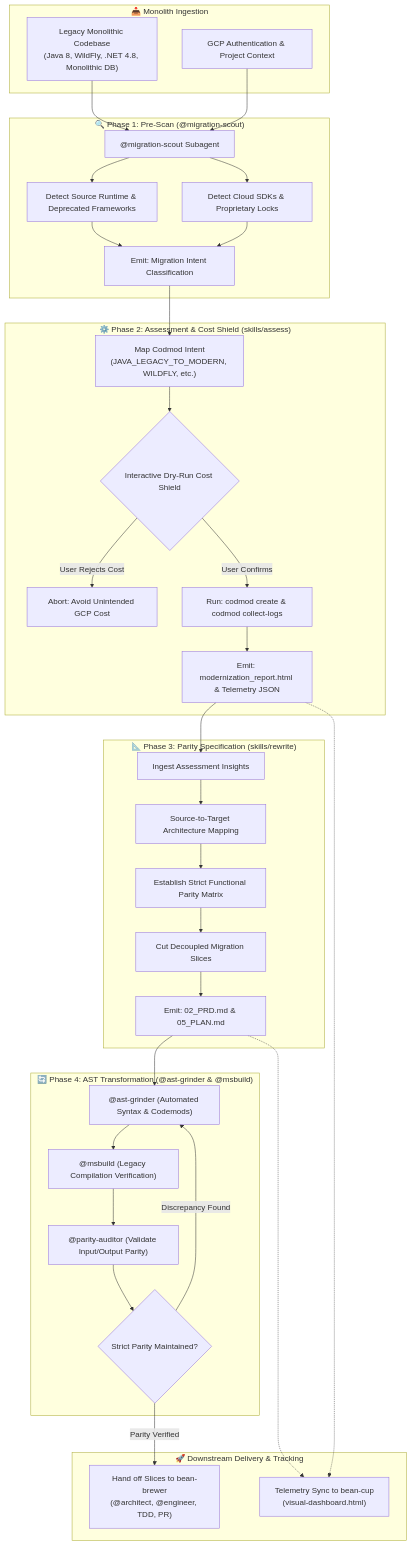
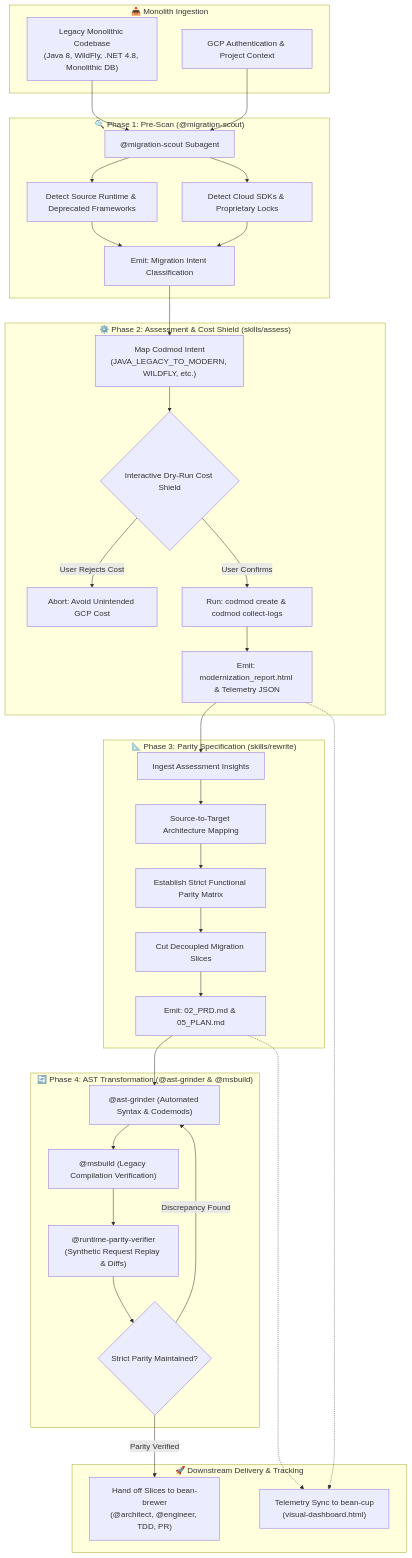
The diagram in README.md (sapientcoffee/bean-grinder), drawn with Mermaid before and after one commit. The commit also changed other lines of this file and 4 other files, not shown here.

First line of the commit message:
feat(parity): ✨ add runtime-parity-verifier subagent

````diff
--- a/README.md
+++ b/README.md
@@ -56,55 +56,55 @@
 ```mermaid
 flowchart TD
     subgraph Intake["📥 Monolith Ingestion"]
         LegacyCode["Legacy Monolithic Codebase<br/>(Java 8, WildFly, .NET 4.8, Monolithic DB)"]
         GCPAuth["GCP Authentication & Project Context"]
     end
 
     subgraph ScoutPhase["🔍 Phase 1: Pre-Scan (@migration-scout)"]
         Scout["@migration-scout Subagent"]
         DetectRuntimes["Detect Source Runtime & Deprecated Frameworks"]
         DetectClouds["Detect Cloud SDKs & Proprietary Locks"]
         EmitScoutSummary["Emit: Migration Intent Classification"]
     end
 
     subgraph AssessPhase["⚙️ Phase 2: Assessment & Cost Shield (skills/assess)"]
         IntentMapping["Map Codmod Intent<br/>(JAVA_LEGACY_TO_MODERN, WILDFLY, etc.)"]
         CostShield{"Interactive Dry-Run Cost Shield"}
         UserAbort["Abort: Avoid Unintended GCP Cost"]
         ExecCodmod["Run: codmod create & codmod collect-logs"]
         ModernReport["Emit: modernization_report.html & Telemetry JSON"]
     end
 
     subgraph RewritePhase["📐 Phase 3: Parity Specification (skills/rewrite)"]
         IngestReport["Ingest Assessment Insights"]
         RuntimeMapping["Source-to-Target Architecture Mapping"]
         ParityMatrix["Establish Strict Functional Parity Matrix"]
         VerticalSlicing["Cut Decoupled Migration Slices"]
         EmitArtifacts["Emit: 02_PRD.md & 05_PLAN.md"]
     end
 
     subgraph GrindingPass["🔄 Phase 4: AST Transformation (@ast-grinder & @msbuild)"]
         ASTTransform["@ast-grinder (Automated Syntax & Codemods)"]
         BuildCheck["@msbuild (Legacy Compilation Verification)"]
-        ParityCheck["@parity-auditor (Validate Input/Output Parity)"]
+        ParityCheck["@runtime-parity-verifier<br/>(Synthetic Request Replay & Diffs)"]
         ParityVerdict{"Strict Parity Maintained?"}
     end
 
     subgraph Downstream["🚀 Downstream Delivery & Tracking"]
         HandoffBrewer["Hand off Slices to bean-brewer<br/>(@architect, @engineer, TDD, PR)"]
         TelemetryCup["Telemetry Sync to bean-cup<br/>(visual-dashboard.html)"]
     end
 
     LegacyCode & GCPAuth --> Scout
     Scout --> DetectRuntimes & DetectClouds --> EmitScoutSummary
     EmitScoutSummary --> IntentMapping --> CostShield
     CostShield -->|User Rejects Cost| UserAbort
     CostShield -->|User Confirms| ExecCodmod
     ExecCodmod --> ModernReport --> IngestReport
     IngestReport --> RuntimeMapping --> ParityMatrix --> VerticalSlicing --> EmitArtifacts
     EmitArtifacts --> ASTTransform
     ASTTransform --> BuildCheck --> ParityCheck --> ParityVerdict
     ParityVerdict -->|Discrepancy Found| ASTTransform
     ParityVerdict -->|Parity Verified| HandoffBrewer
     ModernReport & EmitArtifacts -.-> TelemetryCup
 ```
````
